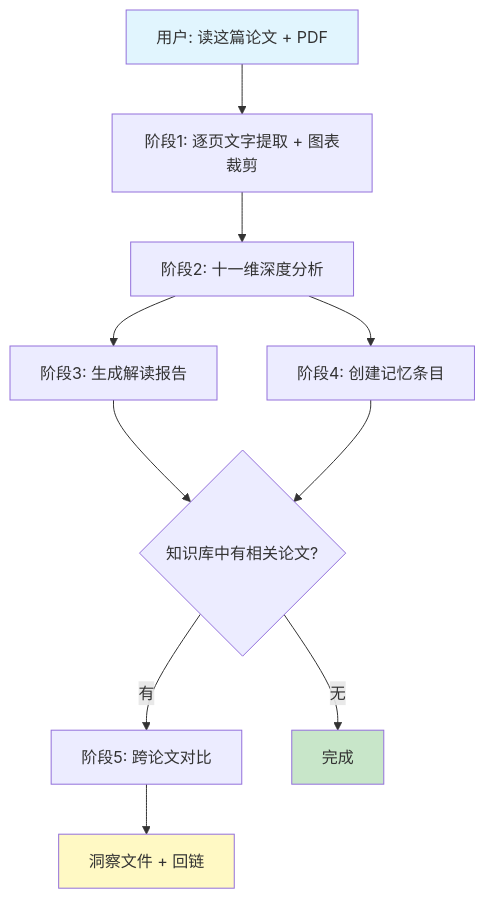
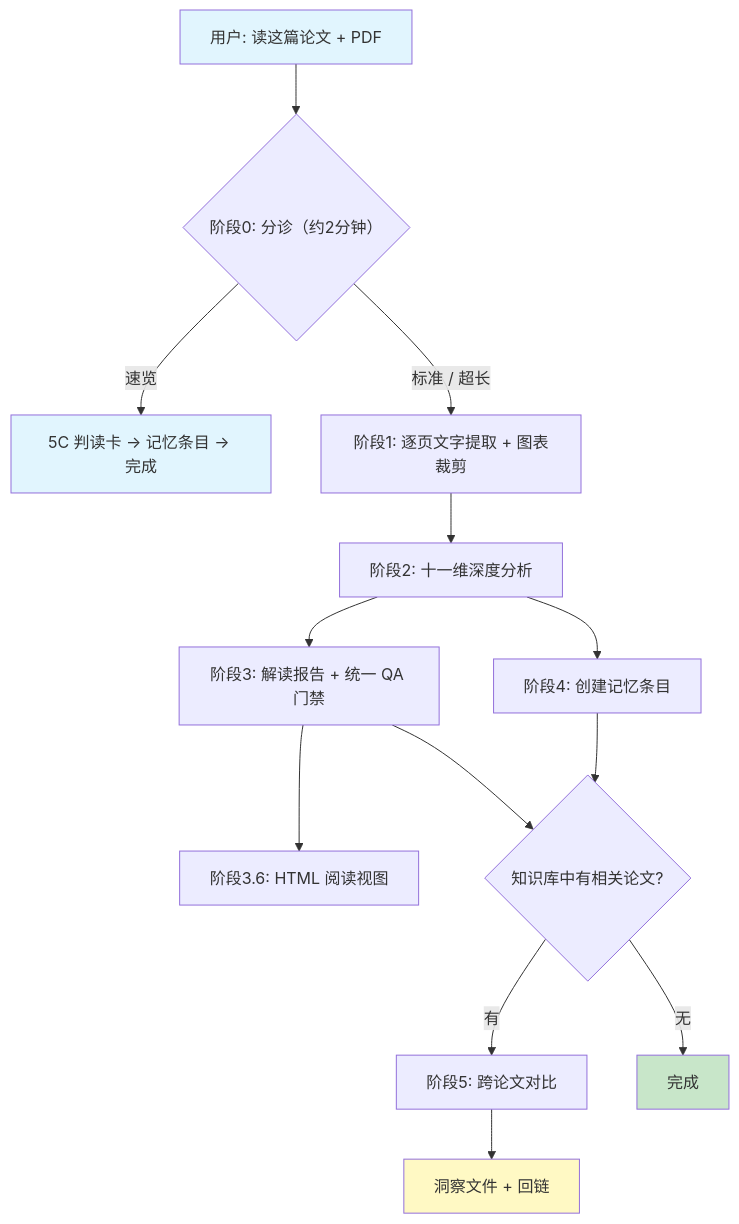
One commit to huyang51/deep_read_paper_skill changed the diagram in README_CN.md. Above: the diagram before and after it, drawn with Mermaid. The commit also changed other lines of this file and 1 other file, not shown here.

First line of the commit message:
docs(readme): 同步实况到 d7f1e98——v2 阅读视图 + KaTeX 三档交付 + 结构与工具表订正

````diff
--- a/README_CN.md
+++ b/README_CN.md
@@ -53,16 +53,20 @@
 ```mermaid
 graph TD
-    A["用户: 读这篇论文 + PDF"] --> B["阶段1: 逐页文字提取 + 图表裁剪"]
+    A["用户: 读这篇论文 + PDF"] --> T{"阶段0: 分诊（约2分钟）"}
+    T -->|"速览"| Q["5C 判读卡 → 记忆条目 → 完成"]
+    T -->|"标准 / 超长"| B["阶段1: 逐页文字提取 + 图表裁剪"]
     B --> C["阶段2: 十一维深度分析"]
-    C --> D["阶段3: 生成解读报告"]
+    C --> D["阶段3: 解读报告 + 统一 QA 门禁"]
     C --> E["阶段4: 创建记忆条目"]
+    D --> R["阶段3.6: HTML 阅读视图"]
     D --> F{"知识库中有相关论文?"}
     E --> F
     F -->|"有"| G["阶段5: 跨论文对比"]
     F -->|"无"| H["完成"]
     G --> I["洞察文件 + 回链"]
 
     style A fill:#e1f5fe
+    style Q fill:#e1f5fe
     style H fill:#c8e6c9
     style I fill:#fff9c4
 ```
````
